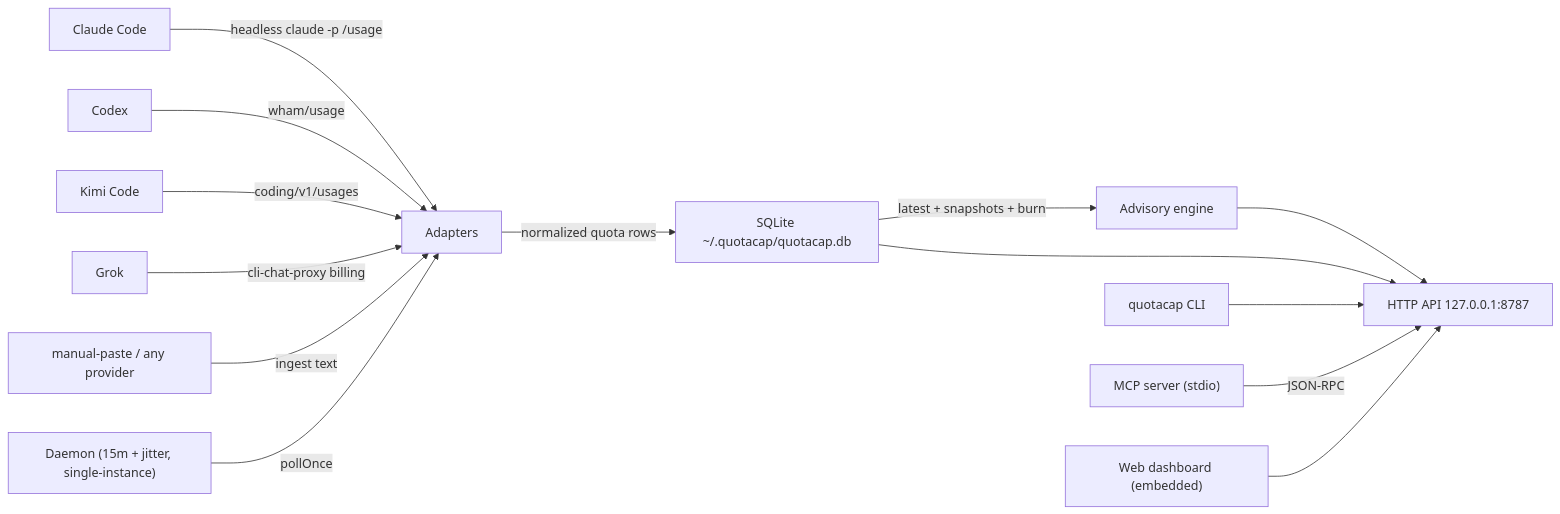
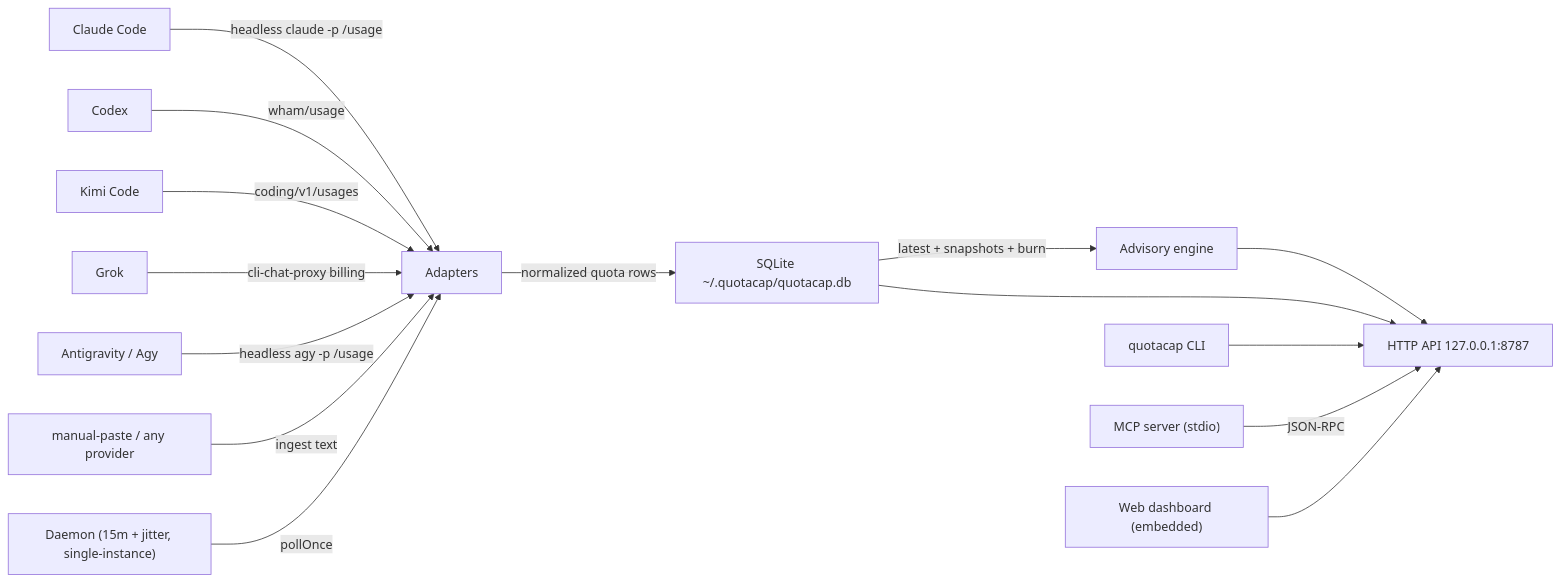
The diagram in docs/architecture.md (carlosboeing/quotacap), drawn with Mermaid before and after one commit. The commit also changed other lines of this file and 9 other files, not shown here.

First line of the commit message:
feat(adapters): add Antigravity (agy) adapter (#5)

````diff
--- a/docs/architecture.md
+++ b/docs/architecture.md
@@ -39,24 +39,26 @@
 ```mermaid
 flowchart LR
   CP["Claude Code"]
   CX["Codex"]
   KM["Kimi Code"]
   GK["Grok"]
+  AG["Antigravity / Agy"]
   MN["manual-paste / any provider"]
 
   CP -->|headless claude -p /usage| AD["Adapters"]
   CX -->|wham/usage| AD
   KM -->|coding/v1/usages| AD
   GK -->|cli-chat-proxy billing| AD
+  AG -->|headless agy -p /usage| AD
   MN -->|ingest text| AD
 
   AD -->|normalized quota rows| ST["SQLite ~/.quotacap/quotacap.db"]
   DT["Daemon (15m + jitter, single-instance)"] -->|pollOnce| AD
   ST -->|latest + snapshots + burn| AE["Advisory engine"]
 
   AE --> API["HTTP API 127.0.0.1:8787"]
   ST --> API
   CLI["quotacap CLI"] --> API
   MCP["MCP server (stdio)"] -->|JSON-RPC| API
   WEB["Web dashboard (embedded)"] --> API
 ```
````
